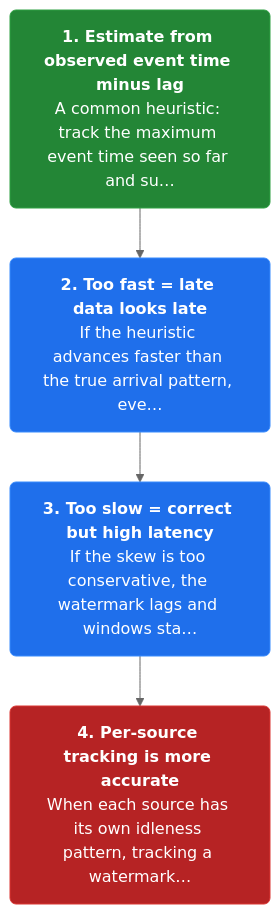
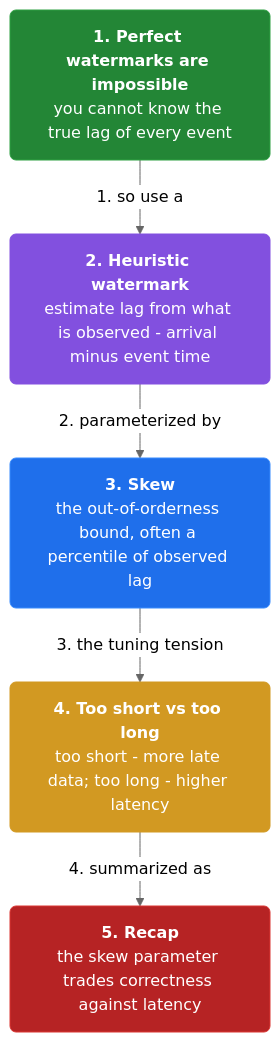
Before and after one commit to vinayakuber/streaming-systems-study-guide: the second of 19 diagrams in docs/ch03-watermarks.md, drawn with Mermaid (neutral theme). The commit also changed other lines of this file and 12 other files, not shown here.

First line of the commit message:
Author per-section and per-card mermaid diagrams (110 diagrams)

````diff
--- a/docs/ch03-watermarks.md
+++ b/docs/ch03-watermarks.md
@@ -51,13 +55,17 @@
 ```mermaid
 flowchart TD
-  classDef step fill:#1f6feb,color:#ffffff,stroke:#388bfd,stroke-width:1px,rx:6
+  classDef step fill:#1f6feb,color:#ffffff,stroke:#388bfd,rx:6
+  classDef core fill:#8250df,color:#ffffff,stroke:#8250df,rx:6
+  classDef warn fill:#d29922,color:#ffffff,stroke:#d29922,rx:6
   classDef start fill:#238636,color:#ffffff,stroke:#2ea043,rx:6
   classDef stop fill:#b62324,color:#ffffff,stroke:#da3633,rx:6
-  s1n0["<b>1. Estimate from observed event time minus lag</b><br/>A common heuristic: track the maximum event time seen so far and su…"]:::start
-  s1n1["<b>2. Too fast = late data looks late</b><br/>If the heuristic advances faster than the true arrival pattern, eve…"]:::step
-  s1n2["<b>3. Too slow = correct but high latency</b><br/>If the skew is too conservative, the watermark lags and windows sta…"]:::step
-  s1n3["<b>4. Per-source tracking is more accurate</b><br/>When each source has its own idleness pattern, tracking a watermark…"]:::stop
-  s1n0 --> s1n1
-  s1n1 --> s1n2
-  s1n2 --> s1n3
+  n0["<b>1. Perfect watermarks are impossible</b><br/>you cannot know the true lag of every event"]:::start
+  n1["<b>2. Heuristic watermark</b><br/>estimate lag from what is observed - arrival minus event time"]:::core
+  n2["<b>3. Skew</b><br/>the out-of-orderness bound, often a percentile of observed lag"]:::step
+  n3["<b>4. Too short vs too long</b><br/>too short - more late data; too long - higher latency"]:::warn
+  n4["<b>5. Recap</b><br/>the skew parameter trades correctness against latency"]:::stop
+  n0 -->|"1. so use a"| n1
+  n1 -->|"2. parameterized by"| n2
+  n2 -->|"3. the tuning tension"| n3
+  n3 -->|"4. summarized as"| n4
 ```
````
